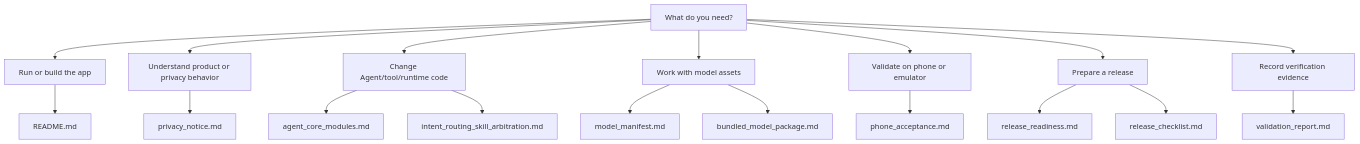
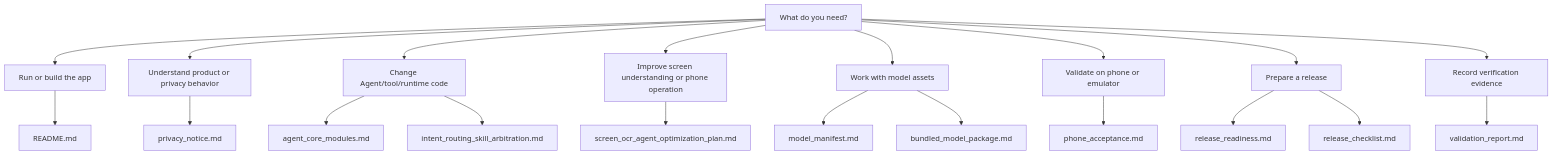
The diagram in docs/index.md (William-zgx/solin-android), drawn with Mermaid before and after one commit. The commit also changed other lines of this file and 1 other file, not shown here.

Commit message:
docs: add screen OCR agent optimization plan

````diff
--- a/docs/index.md
+++ b/docs/index.md
@@ -6,21 +6,23 @@
 ```mermaid
 flowchart TD
     Need["What do you need?"] --> Run["Run or build the app"]
     Need --> Explain["Understand product or privacy behavior"]
     Need --> Architecture["Change Agent/tool/runtime code"]
+    Need --> ScreenOps["Improve screen understanding or phone operation"]
     Need --> Models["Work with model assets"]
     Need --> Device["Validate on phone or emulator"]
     Need --> Release["Prepare a release"]
     Need --> Evidence["Record verification evidence"]
 
     Run --> Readme["README.md"]
     Explain --> Privacy["privacy_notice.md"]
     Architecture --> Core["agent_core_modules.md"]
     Architecture --> Routing["intent_routing_skill_arbitration.md"]
+    ScreenOps --> ScreenPlan["screen_ocr_agent_optimization_plan.md"]
     Models --> Manifest["model_manifest.md"]
     Models --> Bundled["bundled_model_package.md"]
     Device --> Phone["phone_acceptance.md"]
     Release --> Readiness["release_readiness.md"]
     Release --> Checklist["release_checklist.md"]
     Evidence --> Validation["validation_report.md"]
 ```
````
